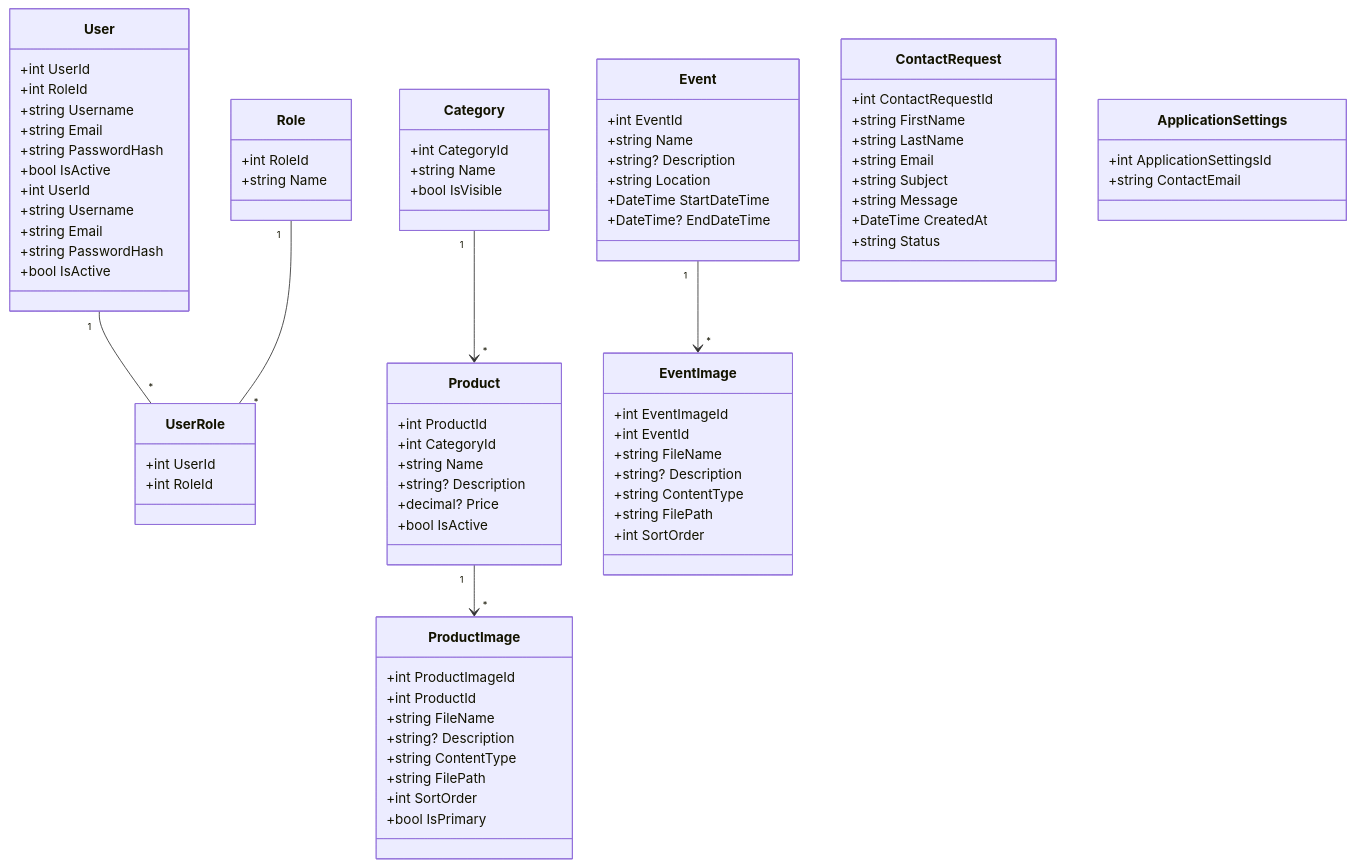
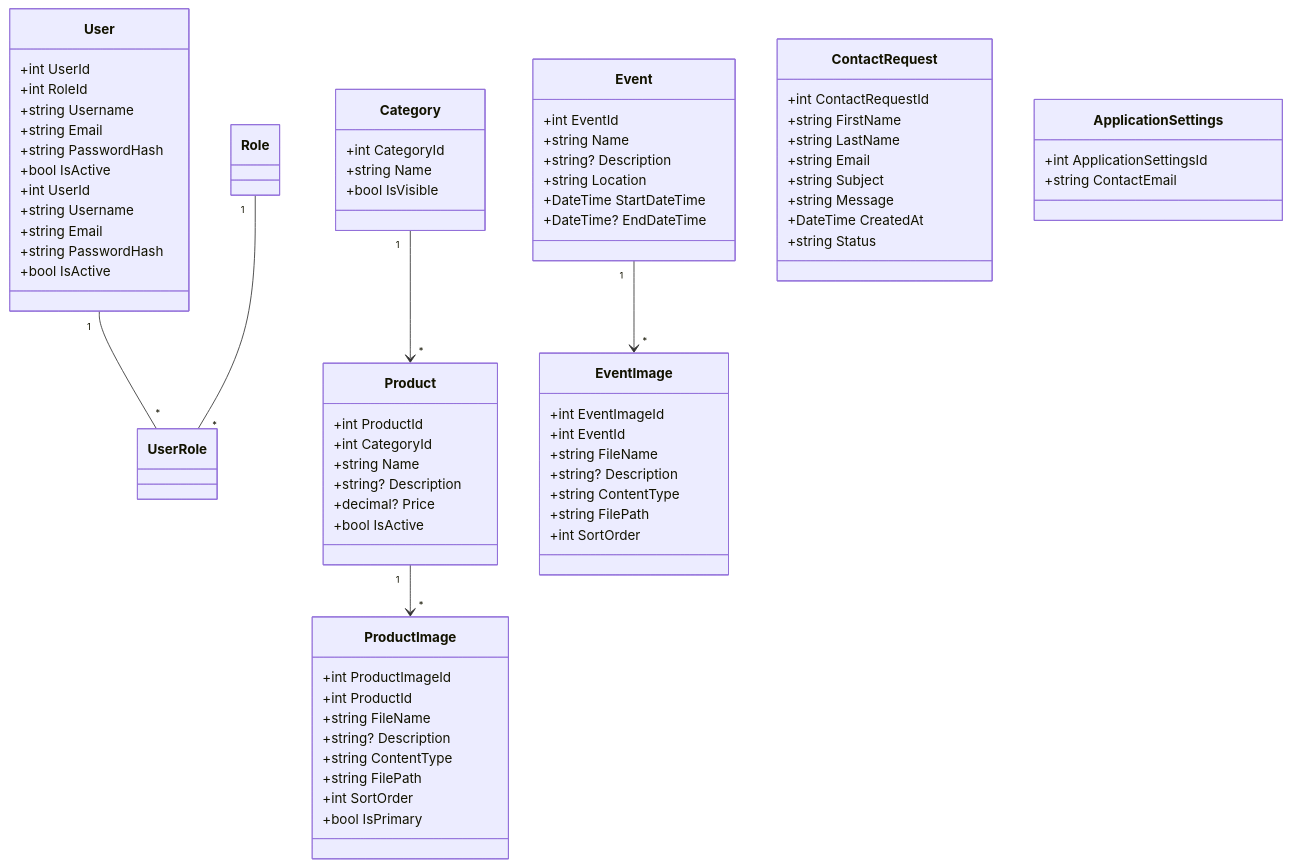
The diagram in documentation/UMLClassDiagram.mmd (SchuelerfirmaBBS1/Webseite_Schuelerfirma_04), drawn with Mermaid before and after one commit.

```diff
--- a/documentation/UMLClassDiagram.mmd
+++ b/documentation/UMLClassDiagram.mmd
@@ -1,94 +1,84 @@
 classDiagram
 
 class User {
     +int UserId
     +int RoleId
     +string Username
     +string Email
     +string PasswordHash
     +bool IsActive
     +int UserId
     +string Username
     +string Email
     +string PasswordHash
     +bool IsActive
-}
-
-class Role {
-    +int RoleId
-    +string Name
-}
-
-class UserRole {
-    +int UserId
-    +int RoleId
 }
 
 User "1" -- "*" UserRole
 Role "1" -- "*" UserRole
 
 class Category {
     +int CategoryId
     +string Name
     +bool IsVisible
 }
 
 class Product {
     +int ProductId
     +int CategoryId
     +string Name
     +string? Description
     +decimal? Price
     +bool IsActive
 }
 
 class ProductImage {
     +int ProductImageId
     +int ProductId
     +string FileName
     +string? Description
     +string ContentType
     +string FilePath
     +int SortOrder
     +bool IsPrimary
 }
 
 Category "1" --> "*" Product
 Product "1" --> "*" ProductImage
 
 class Event {
     +int EventId
     +string Name
     +string? Description
     +string Location
     +DateTime StartDateTime
     +DateTime? EndDateTime
 }
 
 class EventImage {
     +int EventImageId
     +int EventId
     +string FileName
     +string? Description
     +string ContentType
     +string FilePath
     +int SortOrder
 }
 
 Event "1" --> "*" EventImage
 
 class ContactRequest {
     +int ContactRequestId
     +string FirstName
     +string LastName
     +string Email
     +string Subject
     +string Message
     +DateTime CreatedAt
     +string Status
 }
 
 class ApplicationSettings {
     +int ApplicationSettingsId
     +string ContactEmail
 }
```
